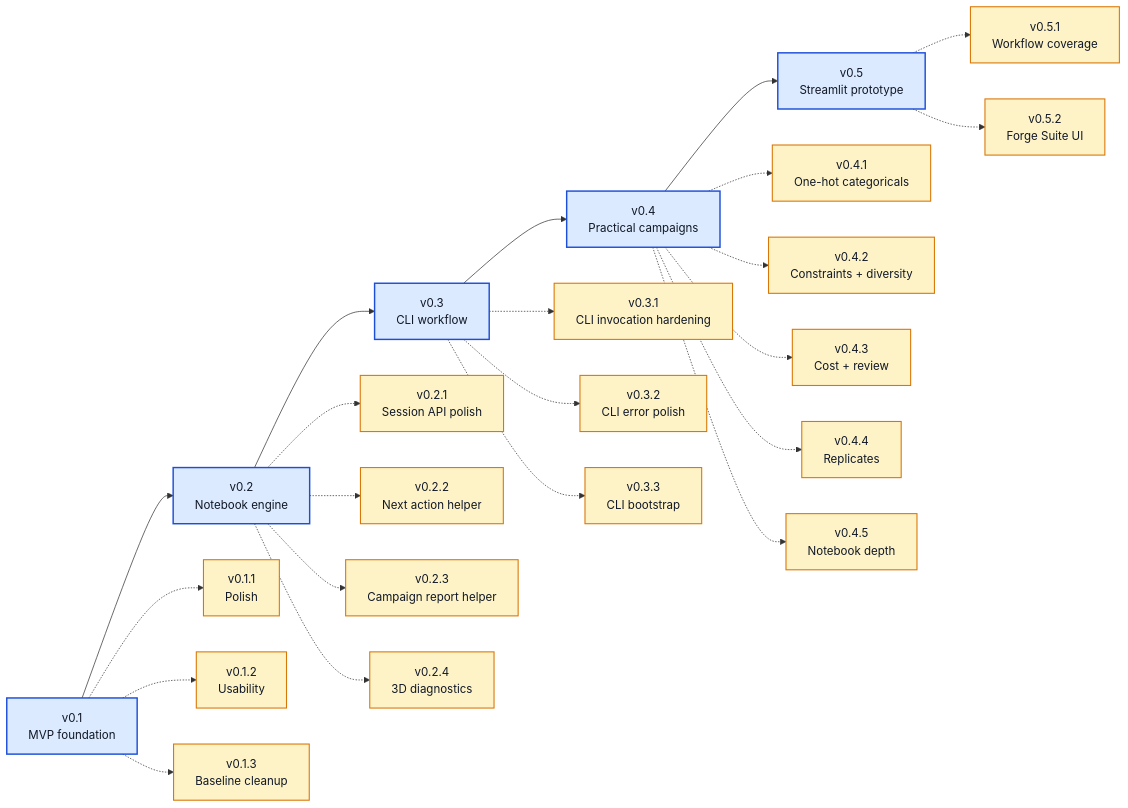
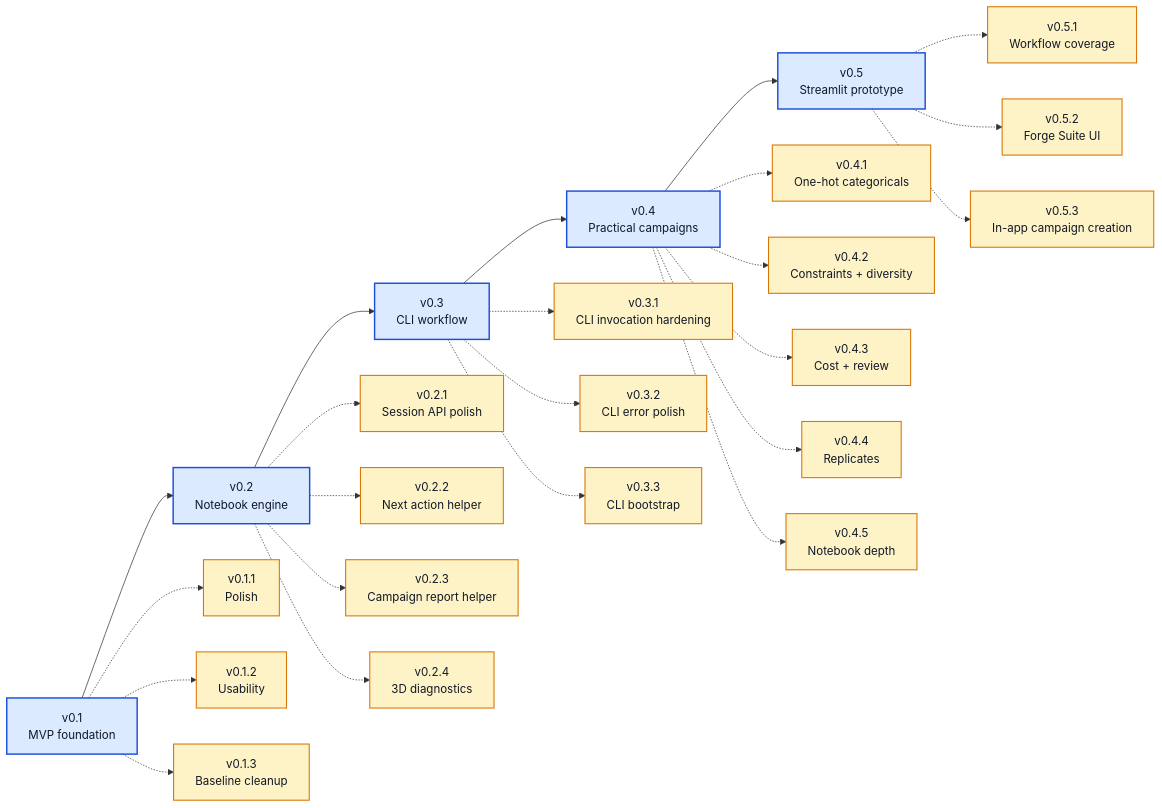
Before and after one commit to angzeli/bo-forge: the diagram in ROADMAP.md, drawn with Mermaid. The commit also changed other lines of this file and 13 other files, not shown here.

Commit message:
v0.5.3 update: in-app campaign creation

````diff
--- a/ROADMAP.md
+++ b/ROADMAP.md
@@ -7,48 +7,50 @@
 ```mermaid
 flowchart LR
     v01["v0.1<br/>MVP foundation"] --> v02["v0.2<br/>Notebook engine"] --> v03["v0.3<br/>CLI workflow"] --> v04["v0.4<br/>Practical campaigns"] --> v05["v0.5<br/>Streamlit prototype"]
 
     v011["v0.1.1<br/>Polish"]
     v012["v0.1.2<br/>Usability"]
     v013["v0.1.3<br/>Baseline cleanup"]
     v021["v0.2.1<br/>Session API polish"]
     v022["v0.2.2<br/>Next action helper"]
     v023["v0.2.3<br/>Campaign report helper"]
     v024["v0.2.4<br/>3D diagnostics"]
     v031["v0.3.1<br/>CLI invocation hardening"]
     v032["v0.3.2<br/>CLI error polish"]
     v033["v0.3.3<br/>CLI bootstrap"]
     v041["v0.4.1<br/>One-hot categoricals"]
     v042["v0.4.2<br/>Constraints + diversity"]
     v043["v0.4.3<br/>Cost + review"]
     v044["v0.4.4<br/>Replicates"]
     v045["v0.4.5<br/>Notebook depth"]
     v051["v0.5.1<br/>Workflow coverage"]
     v052["v0.5.2<br/>Forge Suite UI"]
+    v053["v0.5.3<br/>In-app campaign creation"]
     
     v01 -.-> v011
     v01 -.-> v012
     v01 -.-> v013
     v02 -.-> v021
     v02 -.-> v022
     v02 -.-> v023
     v02 -.-> v024
     v03 -.-> v031
     v03 -.-> v032
     v03 -.-> v033
     v04 -.-> v041
     v04 -.-> v042
     v04 -.-> v043
     v04 -.-> v044
     v04 -.-> v045
     v05 -.-> v051
     v05 -.-> v052
+    v05 -.-> v053
     
     class v01,v02,v03,v04,v05 majorDone
-    class v011,v012,v013,v021,v022,v023,v024,v031,v032,v033,v041,v042,v043,v044,v045,v051,v052 patchDone
+    class v011,v012,v013,v021,v022,v023,v024,v031,v032,v033,v041,v042,v043,v044,v045,v051,v052,v053 patchDone
 
     classDef majorDone fill:#dbeafe,stroke:#1d4ed8,stroke-width:2px,color:#111827;
     classDef majorNext fill:#dcfce7,stroke:#16a34a,stroke-width:2px,color:#111827;
     classDef majorFuture fill:#f3f4f6,stroke:#6b7280,stroke-width:2px,color:#111827;
     classDef patchDone fill:#fef3c7,stroke:#d97706,stroke-width:1.5px,color:#111827;
 ```
````
